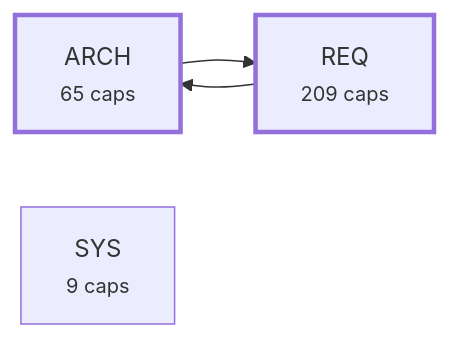
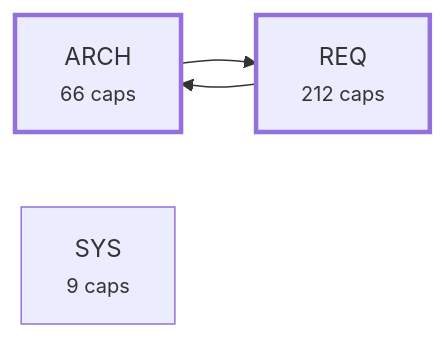
One commit to alxmax/Requirement-manager changed the third of 4 diagrams in plugin/requirements/_map.md. Above: the diagram before and after it, drawn with Mermaid. The commit also changed other lines of this file and 33 other files, not shown here.

````diff
--- a/plugin/requirements/_map.md
+++ b/plugin/requirements/_map.md
@@ -1036,10 +1049,10 @@
 ```mermaid
 graph LR
-  a_ARCH["ARCH<br><small>65 caps</small>"]
-  a_REQ["REQ<br><small>209 caps</small>"]
+  a_ARCH["ARCH<br><small>66 caps</small>"]
+  a_REQ["REQ<br><small>212 caps</small>"]
   a_SYS["SYS<br><small>9 caps</small>"]
   a_ARCH --> a_REQ
   a_REQ --> a_ARCH
   style a_ARCH stroke-width:3px
   style a_REQ stroke-width:3px
 ```
````
